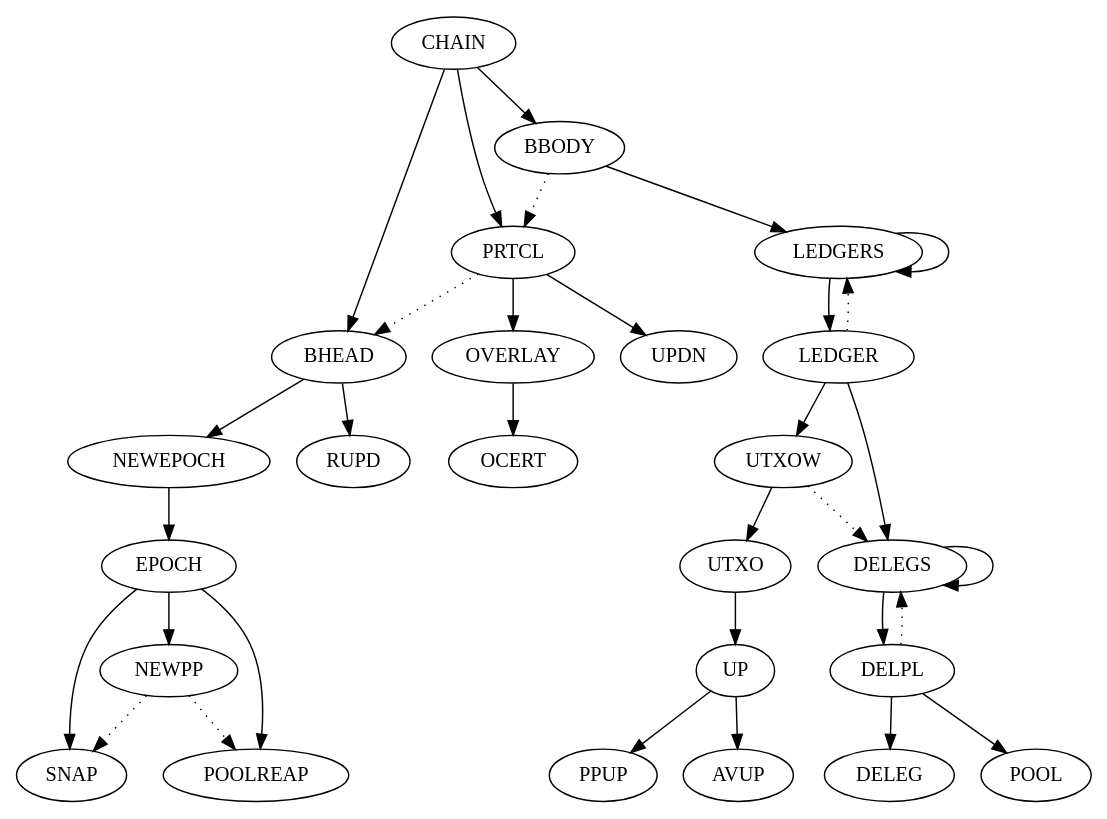
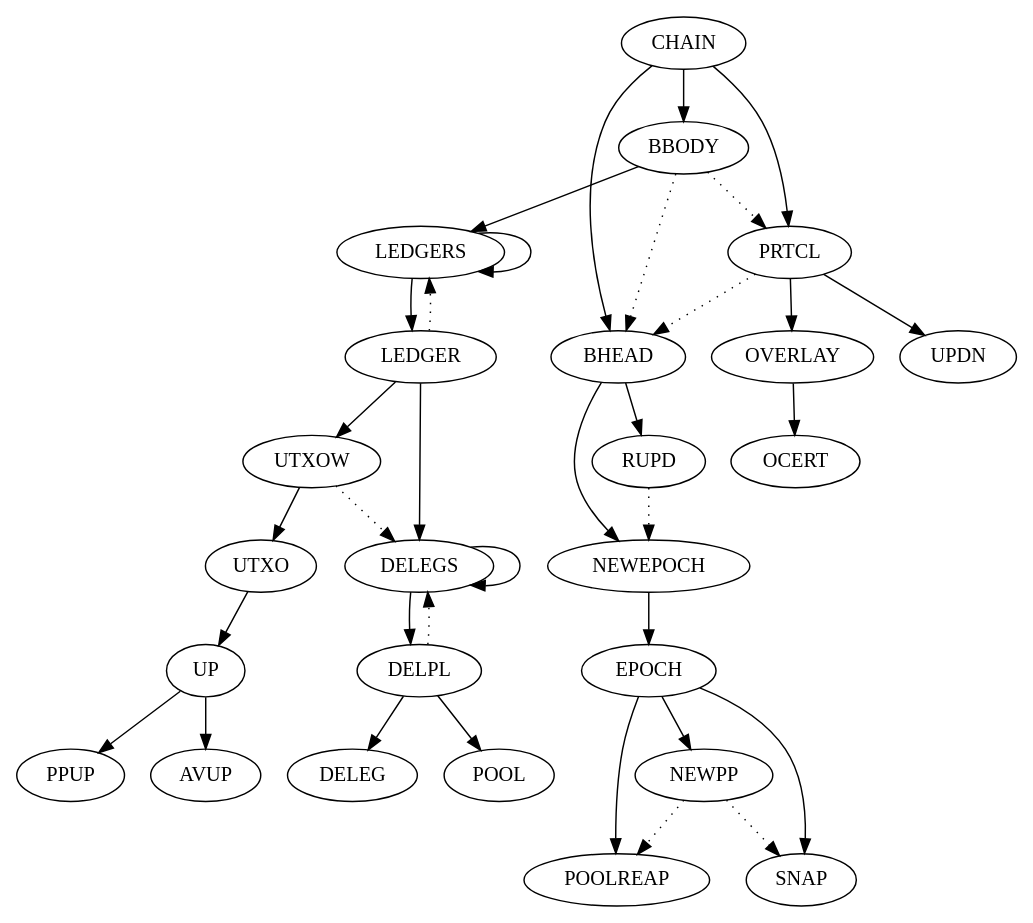
One commit to IntersectMBO/cardano-ledger changed the diagram in shelley/chain-and-ledger/formal-spec/rules.dot. Above: the diagram before and after it, drawn with Graphviz. The commit also changed 2 other files, not shown here.

```diff
--- a/shelley/chain-and-ledger/formal-spec/rules.dot
+++ b/shelley/chain-and-ledger/formal-spec/rules.dot
@@ -1,46 +1,48 @@
 digraph STS {
         CHAIN -> BBODY
         CHAIN -> PRTCL
         CHAIN -> BHEAD
         BBODY -> PRTCL [style=dotted]
+        BBODY -> BHEAD [style=dotted]
         PRTCL -> BHEAD [style=dotted]
 
         UTXOW -> UTXO
         UTXOW -> DELEGS [style=dotted]
         UTXO  -> UP
 
         UP -> PPUP
         UP -> AVUP
 
         DELEGS -> DELPL
         DELEGS -> DELEGS
         DELPL  -> DELEGS [style=dotted]
 
         DELPL -> DELEG
         DELPL -> POOL
 
         LEDGER -> DELEGS
         LEDGER -> UTXOW
 
         LEDGERS -> LEDGER
         LEDGERS -> LEDGERS
         LEDGER  -> LEDGERS [style=dotted]
 
         EPOCH -> SNAP
         EPOCH -> POOLREAP
         EPOCH -> NEWPP
         NEWPP -> POOLREAP [style=dotted]
         NEWPP -> SNAP [style=dotted]
 
         NEWEPOCH -> EPOCH
 
         BHEAD -> RUPD
         BHEAD -> NEWEPOCH
+        RUPD -> NEWEPOCH [style=dotted]
 
         OVERLAY -> OCERT
 
         PRTCL -> UPDN
         PRTCL -> OVERLAY
 
         BBODY -> LEDGERS
 }
```
